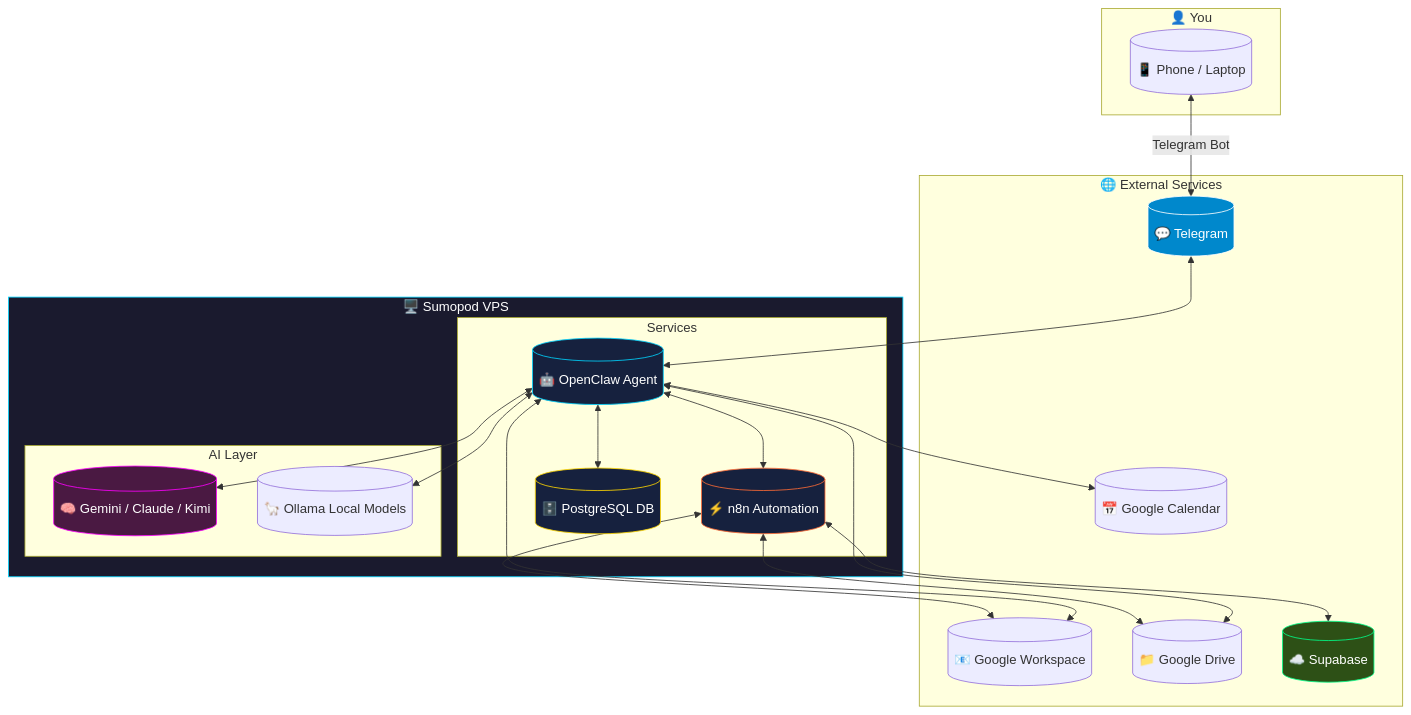
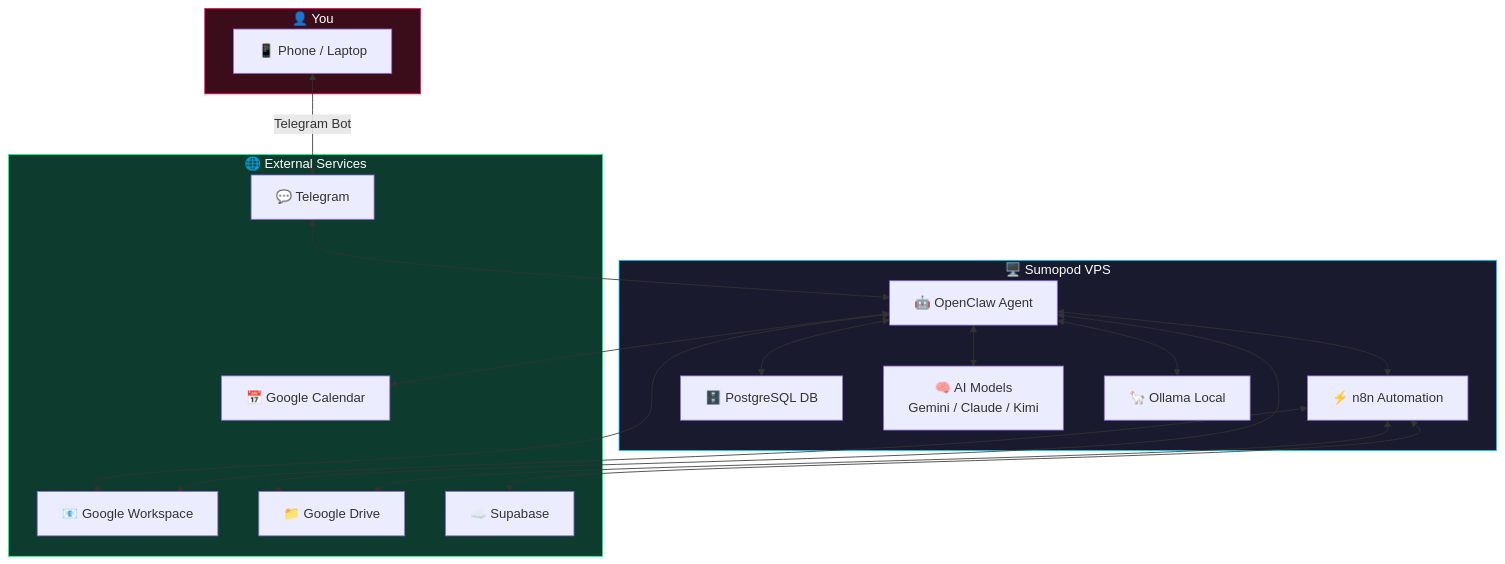
Before and after one commit to fanani-radian/openclaw-sumopod: the first of 6 diagrams in tutorials/ai-agent-dashboard-openclaw-sumopod-vps.md, drawn with Mermaid. The commit also changed 1 other file, not shown here.

Commit message:
docs: add openclaw-ops self-healing tutorial
- Clone cathrynlavery/openclaw-ops skill into workspace-radit/skills/
- New tutorial: openclaw-ops-self-healing-openclaw.md
- Covers heal.sh, watchdog, security-scan, exec approvals two-layer problem
- Includes Sumopod referral: blog.fanani.co/sumopod

````diff
--- a/tutorials/ai-agent-dashboard-openclaw-sumopod-vps.md
+++ b/tutorials/ai-agent-dashboard-openclaw-sumopod-vps.md
@@ -30,47 +30,39 @@
 ```mermaid
 flowchart TB
-    subgraph Sumopod["🖥️ Sumopod VPS"]
-        subgraph Services["Services"]
-            OC[("🤖 OpenClaw Agent")]
-            N8N[("⚡ n8n Automation")]
-            DB[("🗄️ PostgreSQL DB")]
-        end
-        subgraph AI["AI Layer"]
-            GEM[("🧠 Gemini / Claude / Kimi")]
-            OLL[("🦙 Ollama Local Models")]
-        end
+    subgraph VPS["🖥️ Sumopod VPS"]
+        OC[🤖 OpenClaw Agent]
+        N8N[⚡ n8n Automation]
+        DB[🗄️ PostgreSQL DB]
+        GEM[🧠 AI Models<br/>Gemini / Claude / Kimi]
+        OLL[🦙 Ollama Local]
     end
 
     subgraph External["🌐 External Services"]
-        TG[("💬 Telegram")]
-        GWS[("📧 Google Workspace")]
-        DR[("📁 Google Drive")]
-        CAL[("📅 Google Calendar")]
-        SUP[("☁️ Supabase")]
+        TG[💬 Telegram]
+        GWS[📧 Google Workspace]
+        DR[📁 Google Drive]
+        CAL[📅 Google Calendar]
+        SUP[☁️ Supabase]
     end
 
     subgraph You["👤 You"]
-        PHONE[("📱 Phone / Laptop")]
+        PHONE[📱 Phone / Laptop]
     end
 
     PHONE <-->|Telegram Bot| TG
     TG <--> OC
     OC <--> N8N
     OC <--> GEM
     OC <--> OLL
     OC <--> DB
     OC <--> DR
     OC <--> CAL
     OC <--> GWS
     N8N <--> SUP
     N8N <--> DR
     N8N <--> GWS
 
-    style Sumopod fill:#1a1a2e,stroke:#00d4ff,color:#fff
-    style OC fill:#16213e,stroke:#00d4ff,color:#fff
-    style N8N fill:#16213e,stroke:#ff6b35,color:#fff
-    style DB fill:#16213e,stroke:#ffd700,color:#fff
-    style TG fill:#0088cc,stroke:#fff,color:#fff
-    style GEM fill:#4a1942,stroke:#ff00ff,color:#fff
-    style SUP fill:#2d5016,stroke:#00ff88,color:#fff
+    style VPS fill:#1a1a2e,stroke:#00d4ff,color:#fff
+    style External fill:#0d3b2e,stroke:#00ff88,color:#fff
+    style You fill:#3b0d1a,stroke:#ff0055,color:#fff
 ```
````
